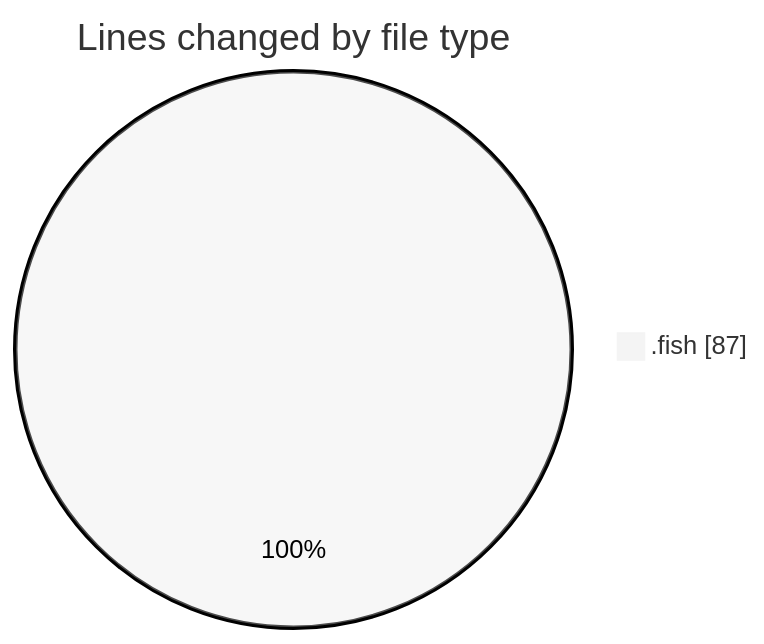
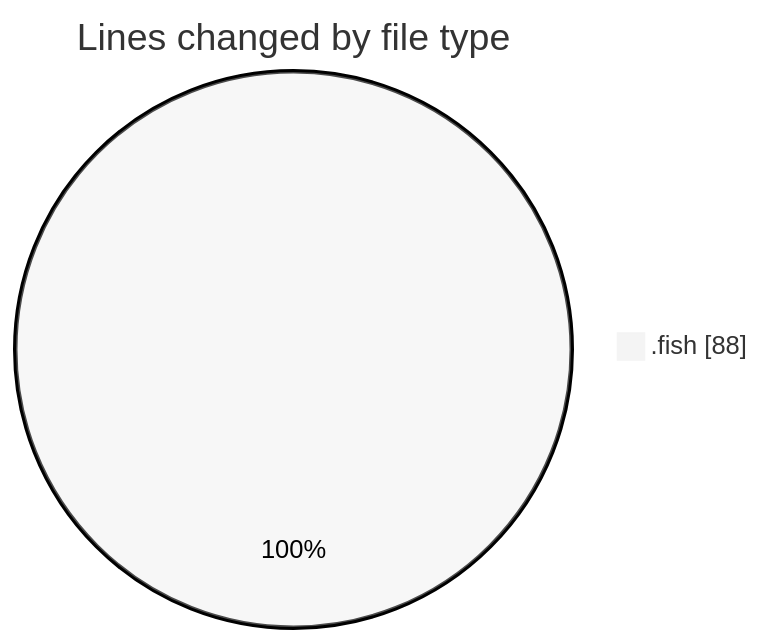
One commit to EIIisD/code-tracking changed the first of 2 diagrams in 2025-08-10/fish/README.md. Above: the diagram before and after it, drawn with Mermaid (neutral theme). The commit also changed other lines of this file and 1 other file, not shown here.

````diff
--- a/2025-08-10/fish/README.md
+++ b/2025-08-10/fish/README.md
@@ -20,5 +20,5 @@
 ```mermaid
 pie showData
 title Lines changed by file type
-".fish" : 87
+".fish" : 88
 ```
````
